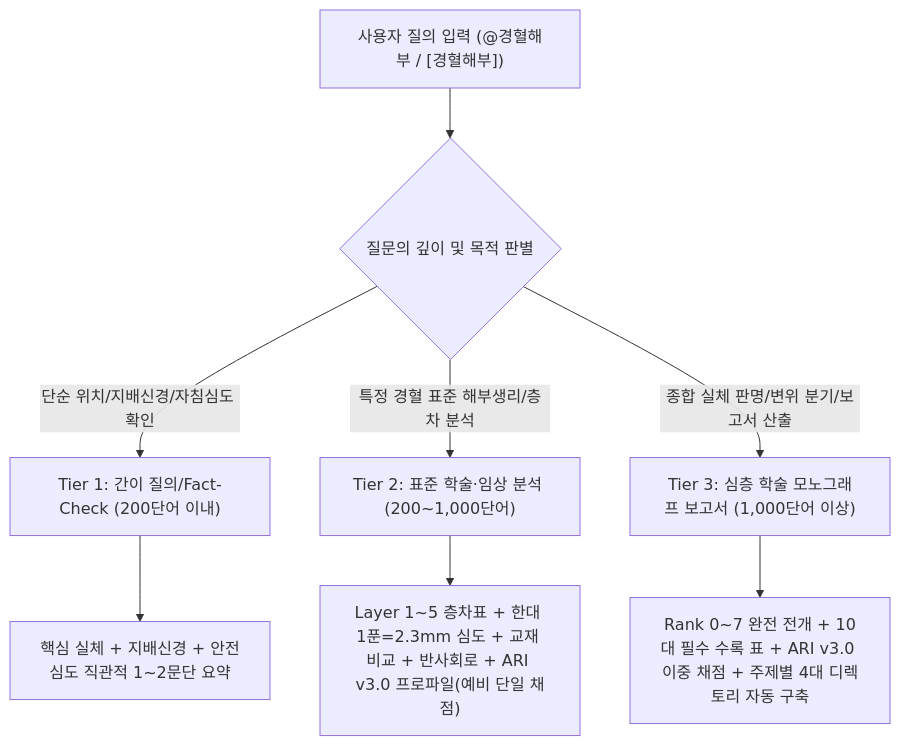
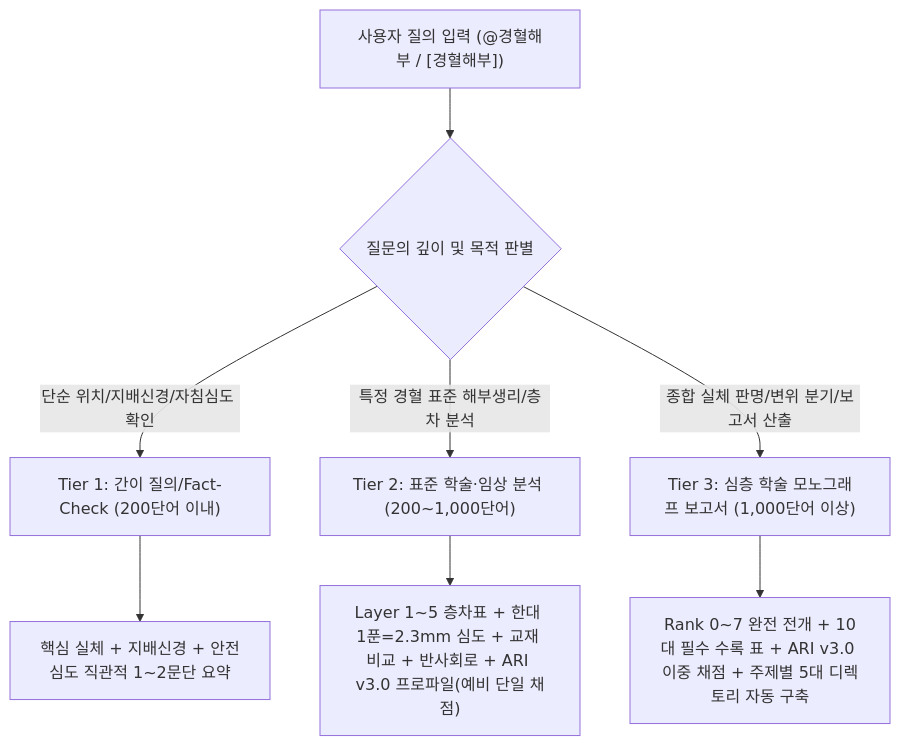
One commit to jaehyokim-sketch/acupoint_anatomy changed the first of 2 diagrams in framework/acupoint_anatomical_logic_framework.md. Above: the diagram before and after it, drawn with Mermaid. The commit also changed other lines of this file and 136 other files, not shown here.

````diff
--- a/framework/acupoint_anatomical_logic_framework.md
+++ b/framework/acupoint_anatomical_logic_framework.md
@@ -35,11 +36,11 @@
 ```mermaid
 graph TD
     Q["사용자 질의 입력 (@경혈해부 / [경혈해부])"] --> Judge{질문의 깊이 및 목적 판별}
     Judge -->|단순 위치/지배신경/자침심도 확인| Tier1["Tier 1: 간이 질의/Fact-Check (200단어 이내)"]
     Judge -->|특정 경혈 표준 해부생리/층차 분석| Tier2["Tier 2: 표준 학술·임상 분석 (200~1,000단어)"]
     Judge -->|종합 실체 판명/변위 분기/보고서 산출| Tier3["Tier 3: 심층 학술 모노그래프 보고서 (1,000단어 이상)"]
 
     Tier1 --> Res1["핵심 실체 + 지배신경 + 안전심도 직관적 1~2문단 요약"]
     Tier2 --> Res2["Layer 1~5 층차표 + 한대 1푼=2.3mm 심도 + 교재 비교 + 반사회로 + ARI v3.0 프로파일(예비 단일 채점)"]
-    Tier3 --> Res3["Rank 0~7 완전 전개 + 10대 필수 수록 표 + ARI v3.0 이중 채점 + 주제별 4대 디렉토리 자동 구축"]
+    Tier3 --> Res3["Rank 0~7 완전 전개 + 10대 필수 수록 표 + ARI v3.0 이중 채점 + 주제별 5대 디렉토리 자동 구축"]
 ```
````
